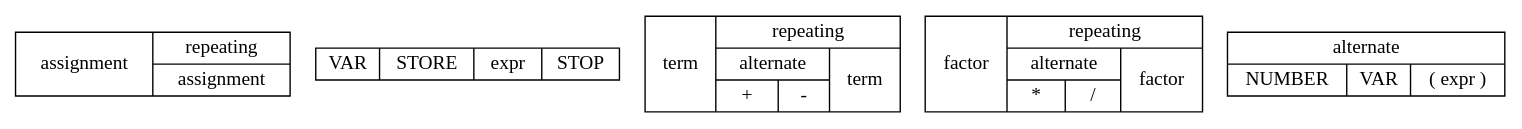
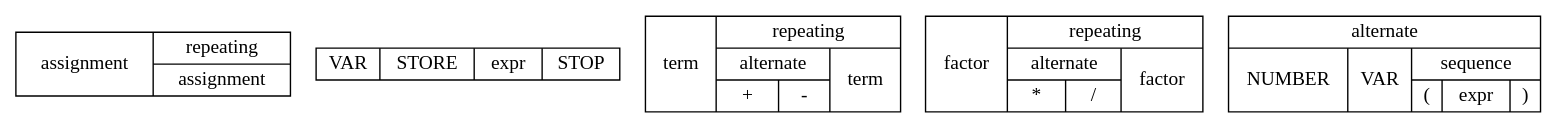
Before and after one commit to JoshuaEnglish/brutus: the diagram in docs/parser.gv, drawn with Graphviz. The commit also changed 15 other files, not shown here.

```diff
--- a/docs/parser.gv
+++ b/docs/parser.gv
@@ -1,8 +1,8 @@
 digraph structs {
         node [shape=record, width=.1,height=.1];
             statements [label="<a1> assignment| {repeating |<a2> assignment}"];
             assignment [label= "VAR | STORE |<expr> expr | STOP"];
             expr [label="<t0>term | { repeating | {{alternate | {+ | -} } |<t1> term}}"];
             term [label="<f0>factor | { repeating | {{alternate | {* | /} } |<f1> factor}}"];
-            factor [label="{alternate | { NUMBER | VAR | ( expr ) }}"];
+            factor [label="{alternate | { NUMBER | VAR | {sequence | {( |expr| )}} }}"];
     }
```
